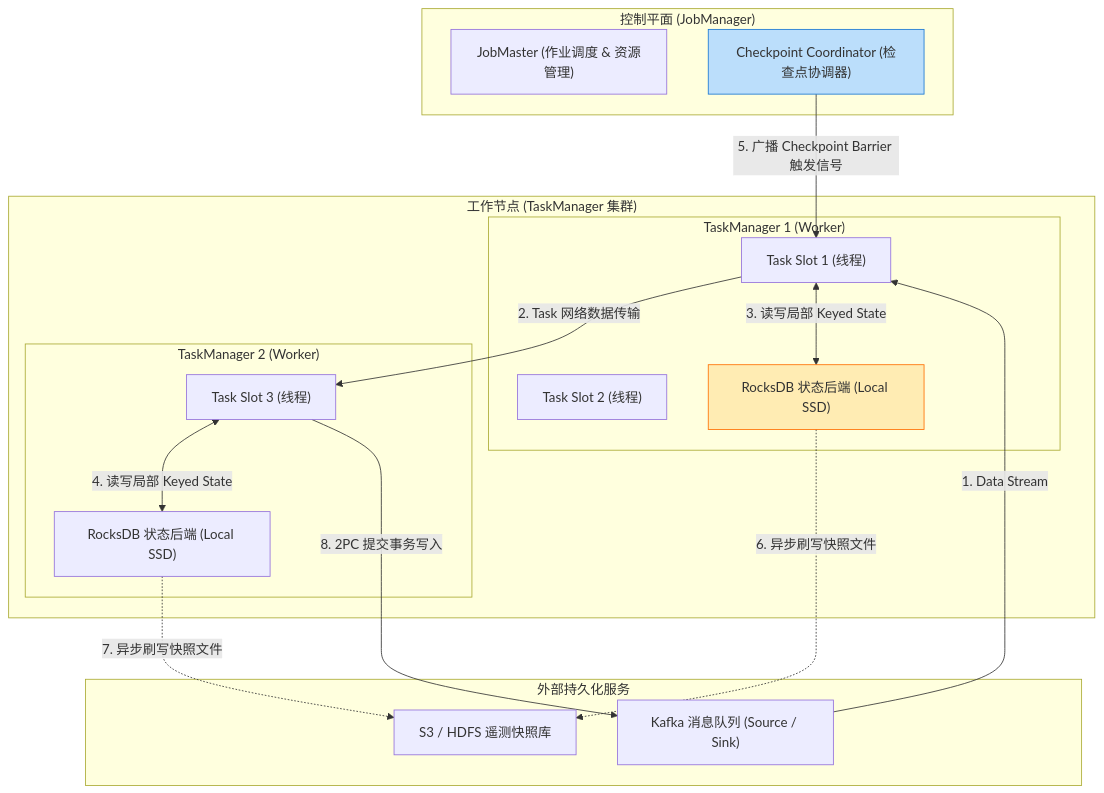
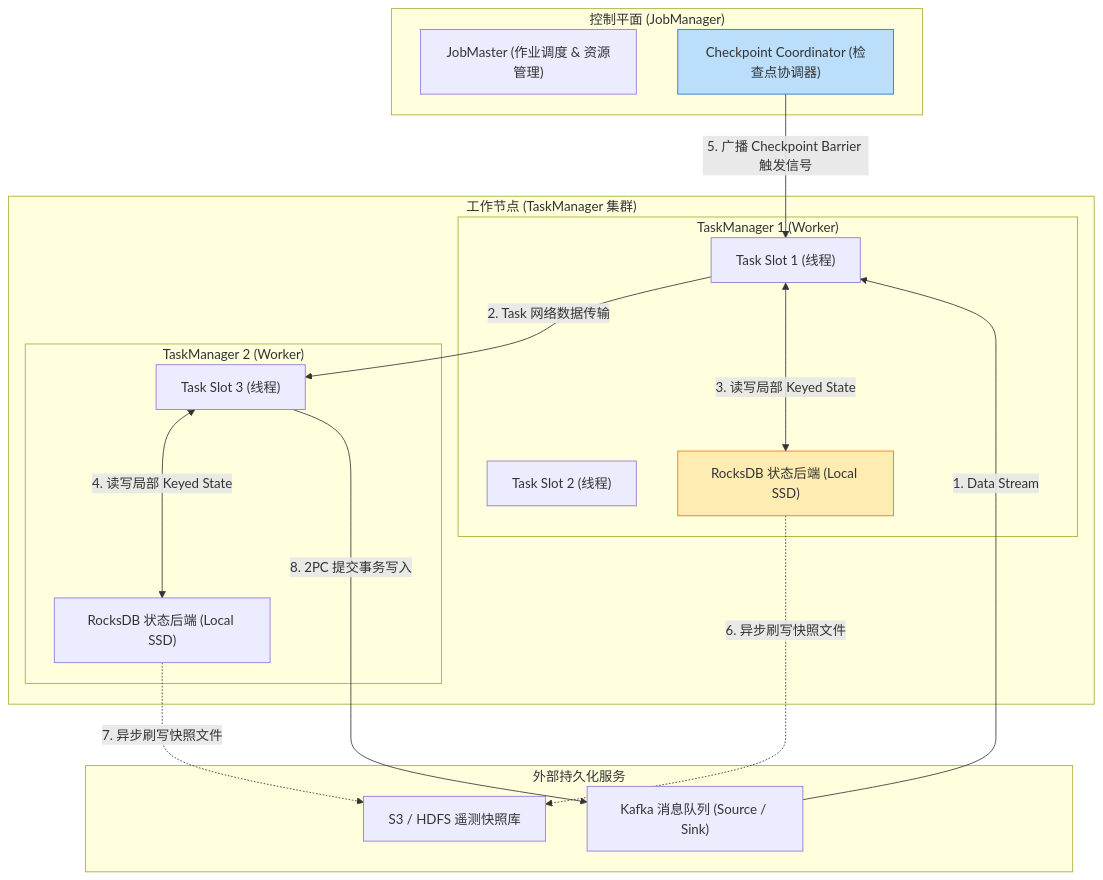
One commit to koosai/AI-Architect-Learning changed the fourth of 7 diagrams in docs/atlas/flink.mdx. Above: the diagram before and after it, drawn with Mermaid. The commit also changed other lines of this file and 68 other files, not shown here.

Commit message:
fix(atlas): fix browser client-side Mermaid rendering for mindmaps and flowcharts across 67 case studies

````diff
--- a/docs/atlas/flink.mdx
+++ b/docs/atlas/flink.mdx
@@ -118,40 +118,40 @@
 ```mermaid
 graph TB
   subgraph ControlPlane["控制平面 (JobManager)"]
     JobMaster["JobMaster (作业调度 & 资源管理)"]
     CheckpointCoordinator["Checkpoint Coordinator (检查点协调器)"]
   end
 
   subgraph WorkerPlane["工作节点 (TaskManager 集群)"]
     subgraph TaskManager1["TaskManager 1 (Worker)"]
       Slot1["Task Slot 1 (线程)"]
       Slot2["Task Slot 2 (线程)"]
       LocalState1["RocksDB 状态后端 (Local SSD)"]
     end
 
     subgraph TaskManager2["TaskManager 2 (Worker)"]
       Slot3["Task Slot 3 (线程)"]
       LocalState2["RocksDB 状态后端 (Local SSD)"]
     end
   end
 
   subgraph ExternalServices["外部持久化服务"]
     StorageFs["S3 / HDFS 遥测快照库"]
     KafkaCluster["Kafka 消息队列 (Source / Sink)"]
   end
 
   KafkaCluster -->|1. Data Stream| Slot1
   Slot1 -->|2. Task 网络数据传输| Slot3
   
-  Slot1 <-->|3. 读写局部 Keyed State| LocalState1
-  Slot3 <-->|4. 读写局部 Keyed State| LocalState2
+  Slot1 <--->|3. 读写局部 Keyed State| LocalState1
+  Slot3 <--->|4. 读写局部 Keyed State| LocalState2
   
   CheckpointCoordinator -->|5. 广播 Checkpoint Barrier 触发信号| Slot1
   LocalState1 -.->|6. 异步刷写快照文件| StorageFs
   LocalState2 -.->|7. 异步刷写快照文件| StorageFs
   
   Slot3 -->|8. 2PC 提交事务写入| KafkaCluster
 
   style CheckpointCoordinator fill:#bbdefb,stroke:#1976d2
   style LocalState1 fill:#ffecb3,stroke:#ff6f00
 ```
````
